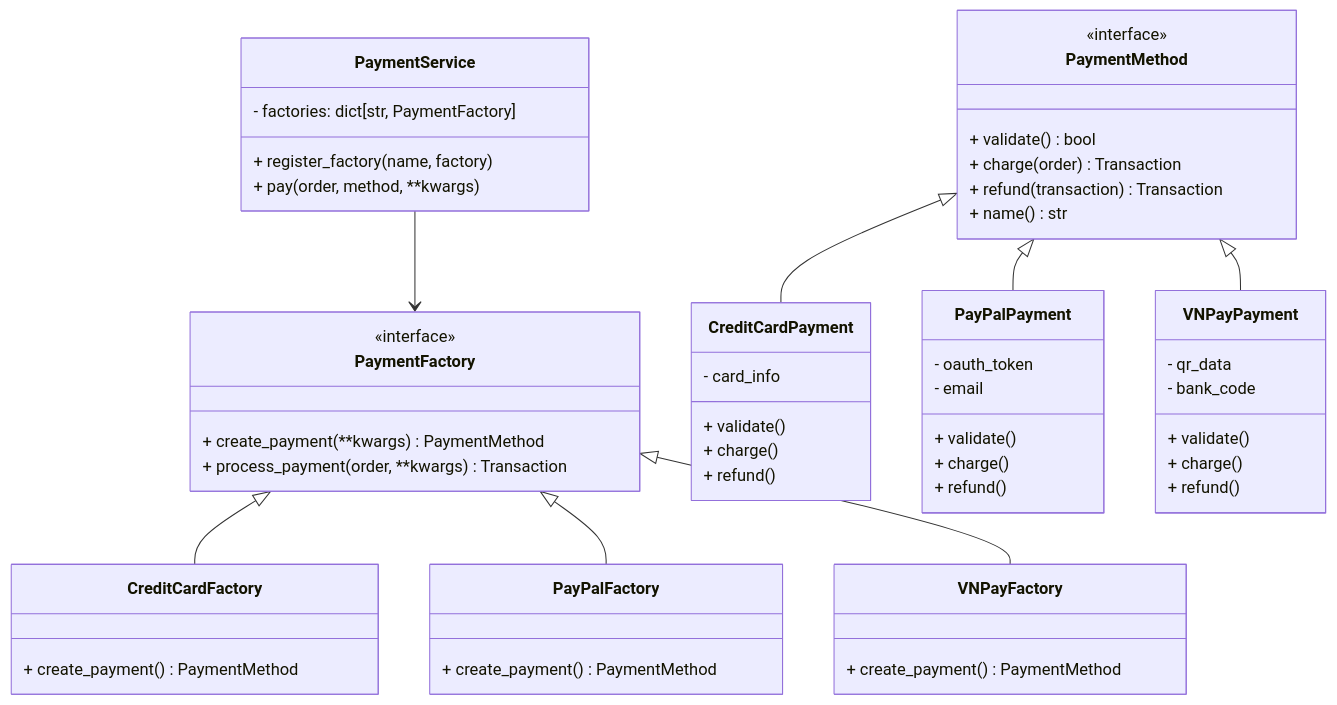
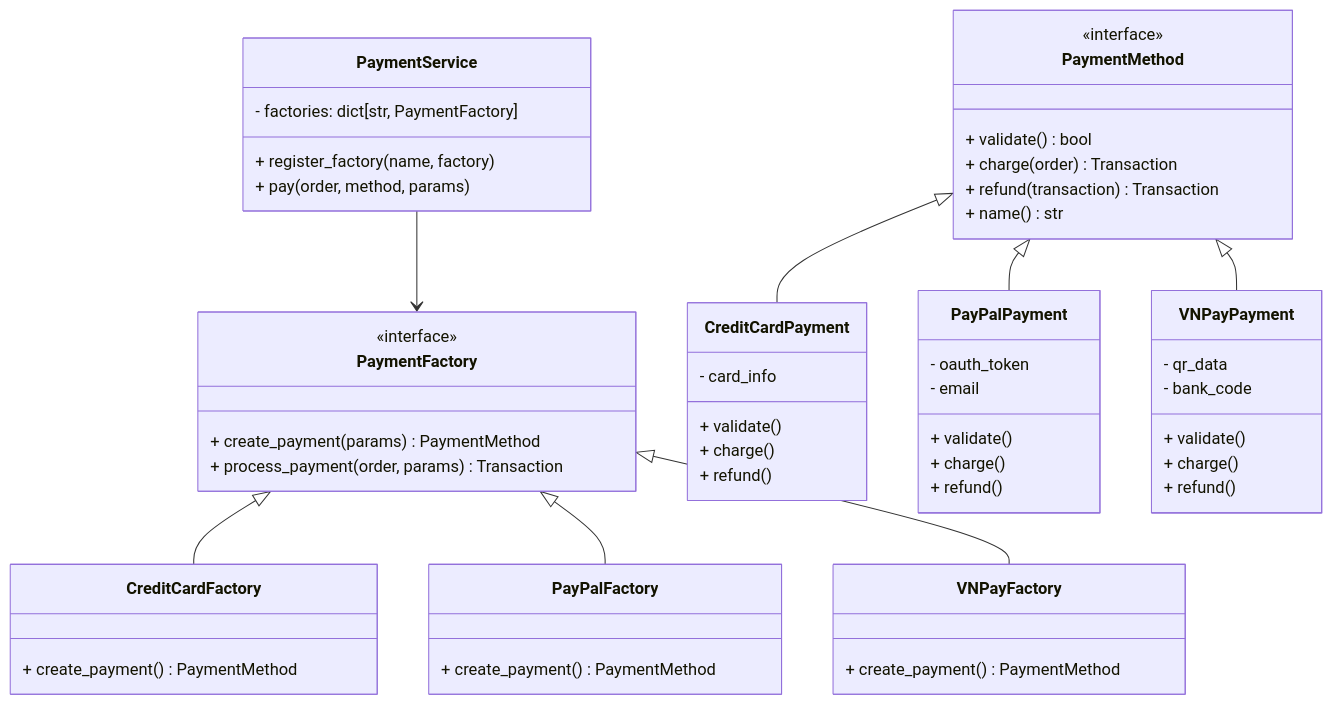
Before and after one commit to sojgja/sojgja.github.io: the diagram in docs/series/factory-method.md, drawn with Mermaid. The commit also changed 12 other files, not shown here.

Commit message:
design patterns: apply nhatkyforex writing style, add trading series, convert UML to Mermaid diagrams

````diff
--- a/docs/series/factory-method.md
+++ b/docs/series/factory-method.md
@@ -597,56 +597,56 @@
 ```mermaid
 classDiagram
     class PaymentFactory {
         <<interface>>
-        + create_payment(**kwargs) PaymentMethod
-        + process_payment(order, **kwargs) Transaction
+        + create_payment(params) PaymentMethod
+        + process_payment(order, params) Transaction
     }
     class CreditCardFactory {
         + create_payment() PaymentMethod
     }
     class PayPalFactory {
         + create_payment() PaymentMethod
     }
     class VNPayFactory {
         + create_payment() PaymentMethod
     }
     class PaymentMethod {
         <<interface>>
         + validate() bool
         + charge(order) Transaction
         + refund(transaction) Transaction
         + name() str
     }
     class CreditCardPayment {
         - card_info
         + validate()
         + charge()
         + refund()
     }
     class PayPalPayment {
         - oauth_token
         - email
         + validate()
         + charge()
         + refund()
     }
     class VNPayPayment {
         - qr_data
         - bank_code
         + validate()
         + charge()
         + refund()
     }
     class PaymentService {
         - factories: dict[str, PaymentFactory]
         + register_factory(name, factory)
-        + pay(order, method, **kwargs)
+        + pay(order, method, params)
     }
     PaymentFactory <|-- CreditCardFactory
     PaymentFactory <|-- PayPalFactory
     PaymentFactory <|-- VNPayFactory
     PaymentMethod <|-- CreditCardPayment
     PaymentMethod <|-- PayPalPayment
     PaymentMethod <|-- VNPayPayment
     PaymentService --> PaymentFactory
 ```
````
